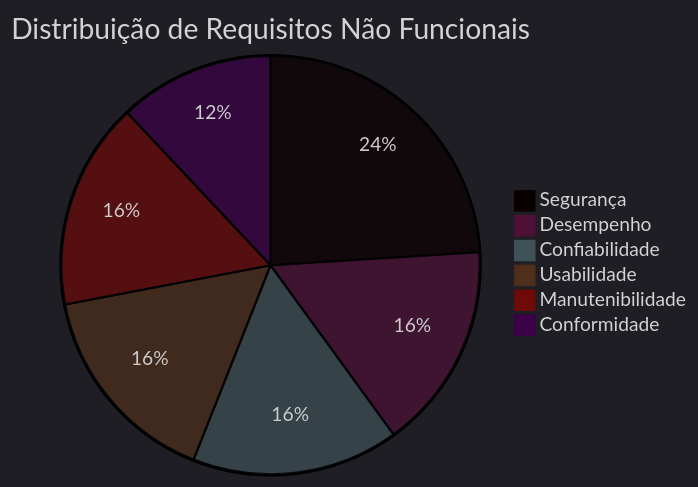
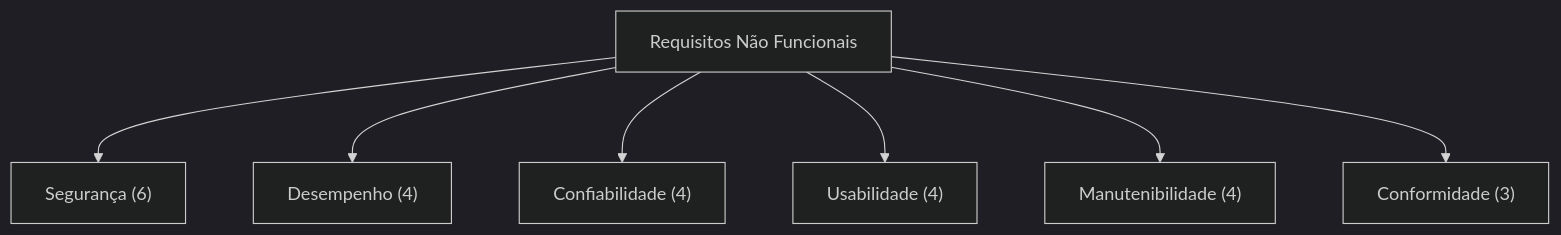
Before and after one commit to pedrohpsantos/EdTech: the diagram in docs/produto/requisitos/nao-funcionais.md, drawn with Mermaid (dark theme). The commit also changed 11 other files, not shown here.

Commit message:
refactor: update project documentation with standardized Mermaid diagrams and improved CSS styling

````diff
--- a/docs/produto/requisitos/nao-funcionais.md
+++ b/docs/produto/requisitos/nao-funcionais.md
@@ -78,10 +78,10 @@
 ```mermaid
-pie
-    title Distribuição de Requisitos Não Funcionais
-    "Segurança" : 6
-    "Desempenho" : 4
-    "Confiabilidade" : 4
-    "Usabilidade" : 4
-    "Manutenibilidade" : 4
-    "Conformidade" : 3
+flowchart TD
+    %%{init: {"flowchart": {"nodeSpacing": 60, "rankSpacing": 80}}}%%
+    R["Requisitos Não Funcionais"] --> Seg["Segurança (6)"]
+    R --> Des["Desempenho (4)"]
+    R --> Con["Confiabilidade (4)"]
+    R --> Usa["Usabilidade (4)"]
+    R --> Man["Manutenibilidade (4)"]
+    R --> Cnf["Conformidade (3)"]
 ```
````
